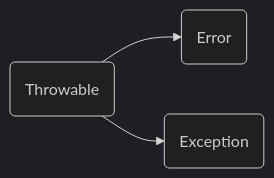
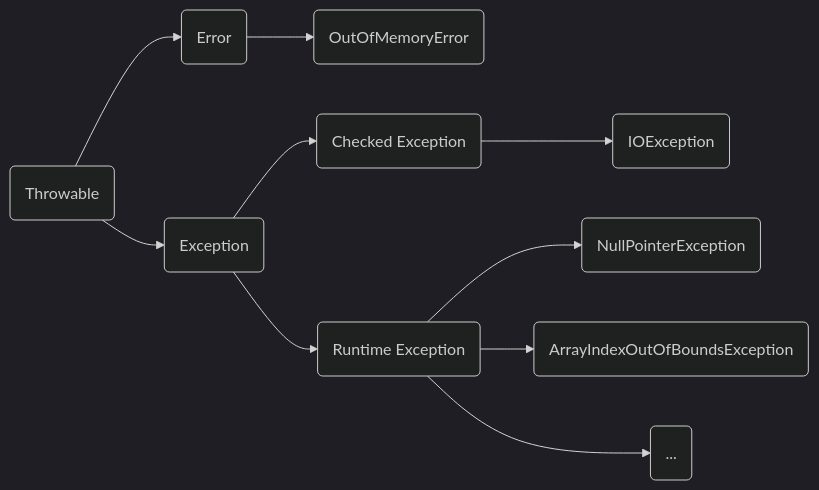
One commit to Vauke/Notes changed the diagram in Java/异常处理.md. Above: the diagram before and after it, drawn with Mermaid (dark theme). The commit also changed other lines of this file, not shown here.

````diff
--- a/Java/异常处理.md
+++ b/Java/异常处理.md
@@ -11,5 +29,12 @@
 ```mermaid
 graph LR
     A(Throwable) --> B(Error)
     A --> C(Exception)
+    B --> I(OutOfMemoryError)
+    C --> D(Checked Exception)
+    D --> J(IOException)
+    C --> E(Runtime Exception)
+    E --> F(NullPointerException)
+    E --> G(ArrayIndexOutOfBoundsException)
+    E --> H(...)
 ```
````
